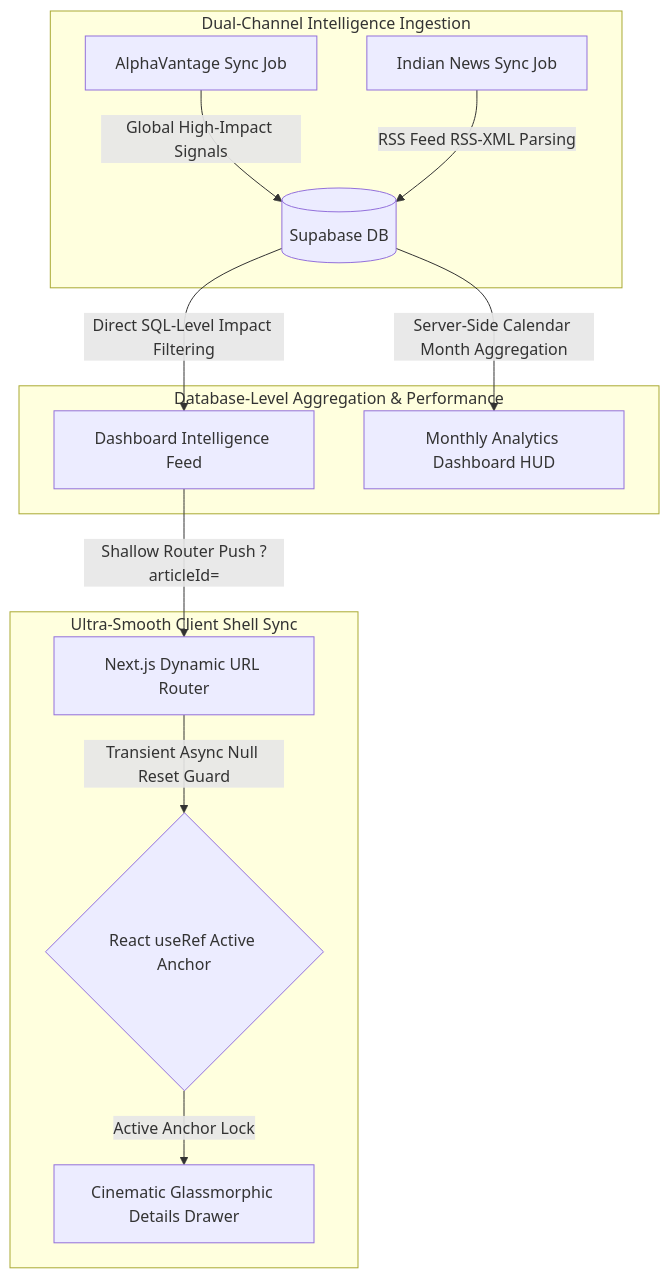
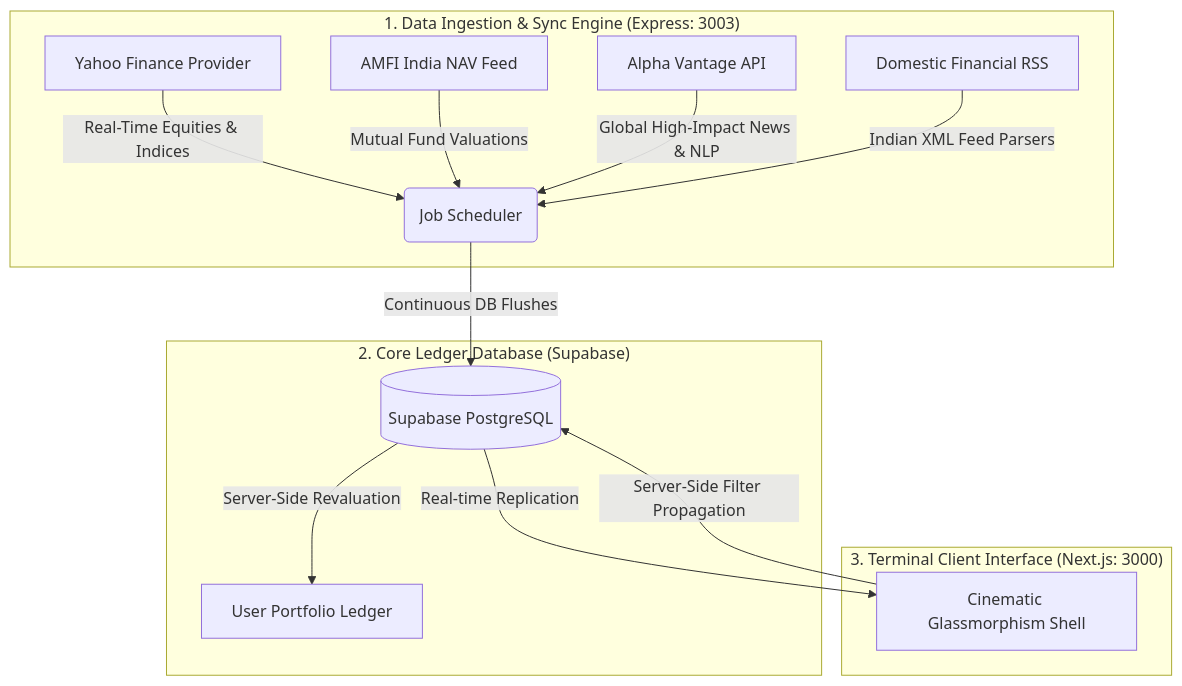
One commit to vaibhavs-h/StockOS changed the diagram in README.md. Above: the diagram before and after it, drawn with Mermaid. The commit also changed other lines of this file and 14 other files, not shown here.

Commit message:
feat: implement mutual fund price enrichment and update dashboard to support cross-asset portfolio aggregation and consolidated holdings views.

````diff
--- a/README.md
+++ b/README.md
@@ -46,18 +13,19 @@
 ```mermaid
 flowchart TD
-    subgraph "Dual-Channel Intelligence Ingestion"
-        AV[AlphaVantage Sync Job] -->|Global High-Impact Signals| DB[(Supabase DB)]
-        RSS[Indian News Sync Job] -->|RSS Feed RSS-XML Parsing| DB
+    subgraph "1. Data Ingestion & Sync Engine (Express: 3003)"
+        Yahoo[Yahoo Finance Provider] -->|Real-Time Equities & Indices| Sync(Job Scheduler)
+        AMFI[AMFI India NAV Feed] -->|Mutual Fund Valuations| Sync
+        AV[Alpha Vantage API] -->|Global High-Impact News & NLP| Sync
+        RSS[Domestic Financial RSS] -->|Indian XML Feed Parsers| Sync
     end
 
-    subgraph "Database-Level Aggregation & Performance"
-        DB -->|Direct SQL-Level Impact Filtering| D_Feed[Dashboard Intelligence Feed]
-        DB -->|Server-Side Calendar Month Aggregation| M_HUD[Monthly Analytics Dashboard HUD]
+    subgraph "2. Core Ledger Database (Supabase)"
+        Sync -->|Continuous DB Flushes| DB[(Supabase PostgreSQL)]
+        DB -->|Server-Side Revaluation| Port[User Portfolio Ledger]
     end
 
-    subgraph "Ultra-Smooth Client Shell Sync"
-        D_Feed -->|Shallow Router Push ?articleId=| URL[Next.js Dynamic URL Router]
-        URL -->|Transient Async Null Reset Guard| RefGuard{React useRef Active Anchor}
-        RefGuard -->|Active Anchor Lock| Modal[Cinematic Glassmorphic Details Drawer]
+    subgraph "3. Terminal Client Interface (Next.js: 3000)"
+        DB -->|Real-time Replication| UI[Cinematic Glassmorphism Shell]
+        UI -->|Server-Side Filter Propagation| DB
     end
 ```
````
